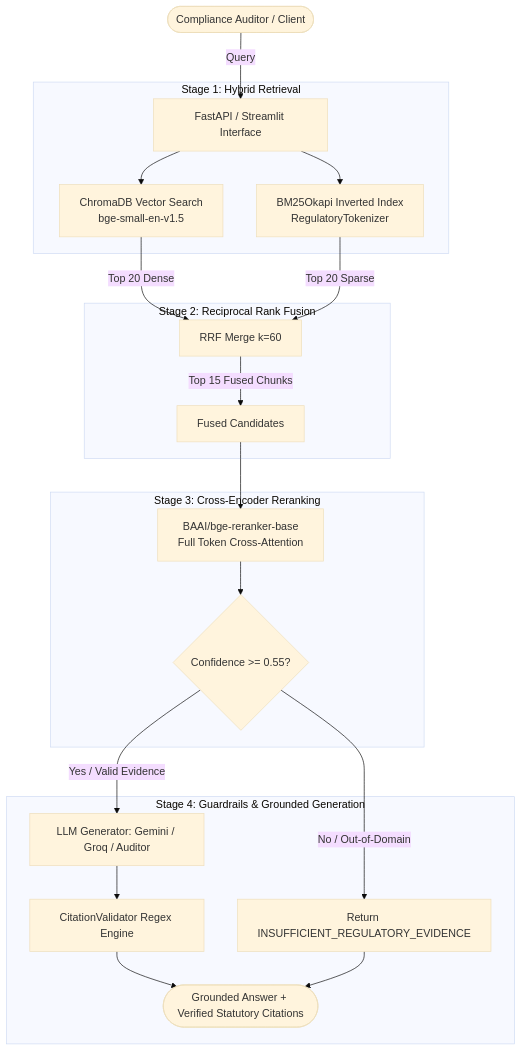
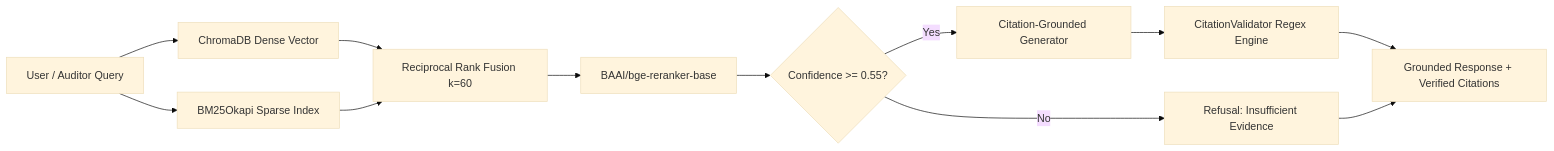
One commit to RenoX23/regulatory-compliance-hybrid-rag changed the diagram in README.md. Above: the diagram before and after it, drawn with Mermaid (base theme). The commit also changed other lines of this file and 1 other file, not shown here.

Commit message:
fix(ui): resolve citation badge rendering and streamline production README

````diff
--- a/README.md
+++ b/README.md
@@ -124,28 +26,14 @@
 ```mermaid
-flowchart TD
-    User([Compliance Auditor / Client]) -->|Query| API[FastAPI / Streamlit Interface]
-    
-    subgraph Dual_Retrieval [Stage 1: Hybrid Retrieval]
-        API --> Dense[ChromaDB Vector Search<br>bge-small-en-v1.5]
-        API --> Sparse[BM25Okapi Inverted Index<br>RegulatoryTokenizer]
-    end
-    
-    subgraph Rank_Fusion [Stage 2: Reciprocal Rank Fusion]
-        Dense -->|Top 20 Dense| RRF[RRF Merge k=60]
-        Sparse -->|Top 20 Sparse| RRF
-        RRF -->|Top 15 Fused Chunks| Candidates[Fused Candidates]
-    end
-    
-    subgraph Cross_Attention [Stage 3: Cross-Encoder Reranking]
-        Candidates --> CrossEnc[BAAI/bge-reranker-base<br>Full Token Cross-Attention]
-        CrossEnc --> Threshold{Confidence >= 0.55?}
-    end
-    
-    subgraph Guardrails_Generation [Stage 4: Guardrails & Grounded Generation]
-        Threshold -->|No / Out-of-Domain| Refusal[Return INSUFFICIENT_REGULATORY_EVIDENCE]
-        Threshold -->|Yes / Valid Evidence| LLM[LLM Generator: Gemini / Groq / Auditor]
-        LLM --> Validator[CitationValidator Regex Engine]
-        Validator --> Output([Grounded Answer + Verified Statutory Citations])
-        Refusal --> Output
-    end
+flowchart LR
+    Q[User / Auditor Query] --> D[ChromaDB Dense Vector]
+    Q --> S[BM25Okapi Sparse Index]
+    D --> RRF[Reciprocal Rank Fusion k=60]
+    S --> RRF
+    RRF --> CE[BAAI/bge-reranker-base]
+    CE --> G{Confidence >= 0.55?}
+    G -->|Yes| LLM[Citation-Grounded Generator]
+    G -->|No| R[Refusal: Insufficient Evidence]
+    LLM --> V[CitationValidator Regex Engine]
+    V --> Out[Grounded Response + Verified Citations]
+    R --> Out
 ```
````
